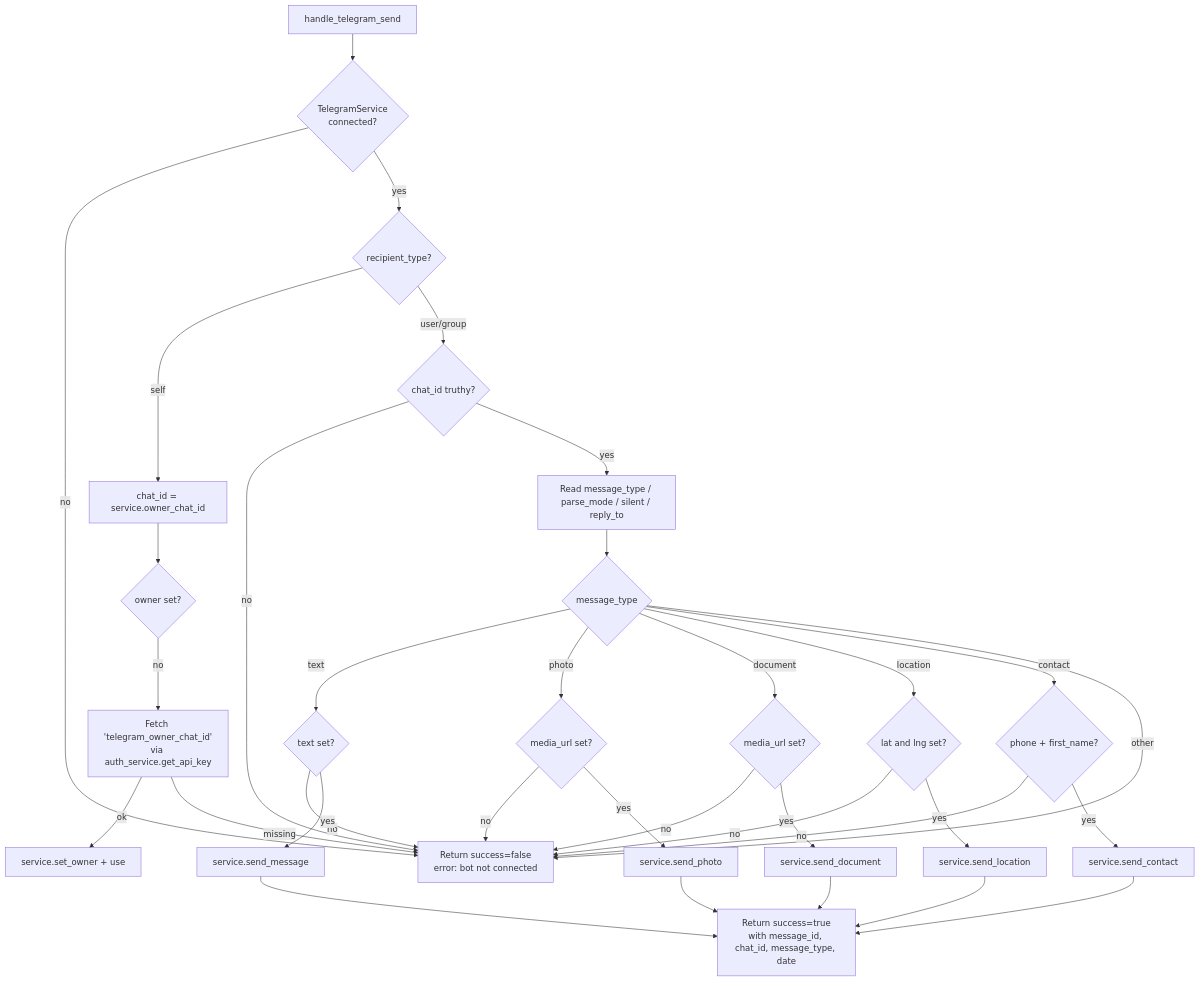
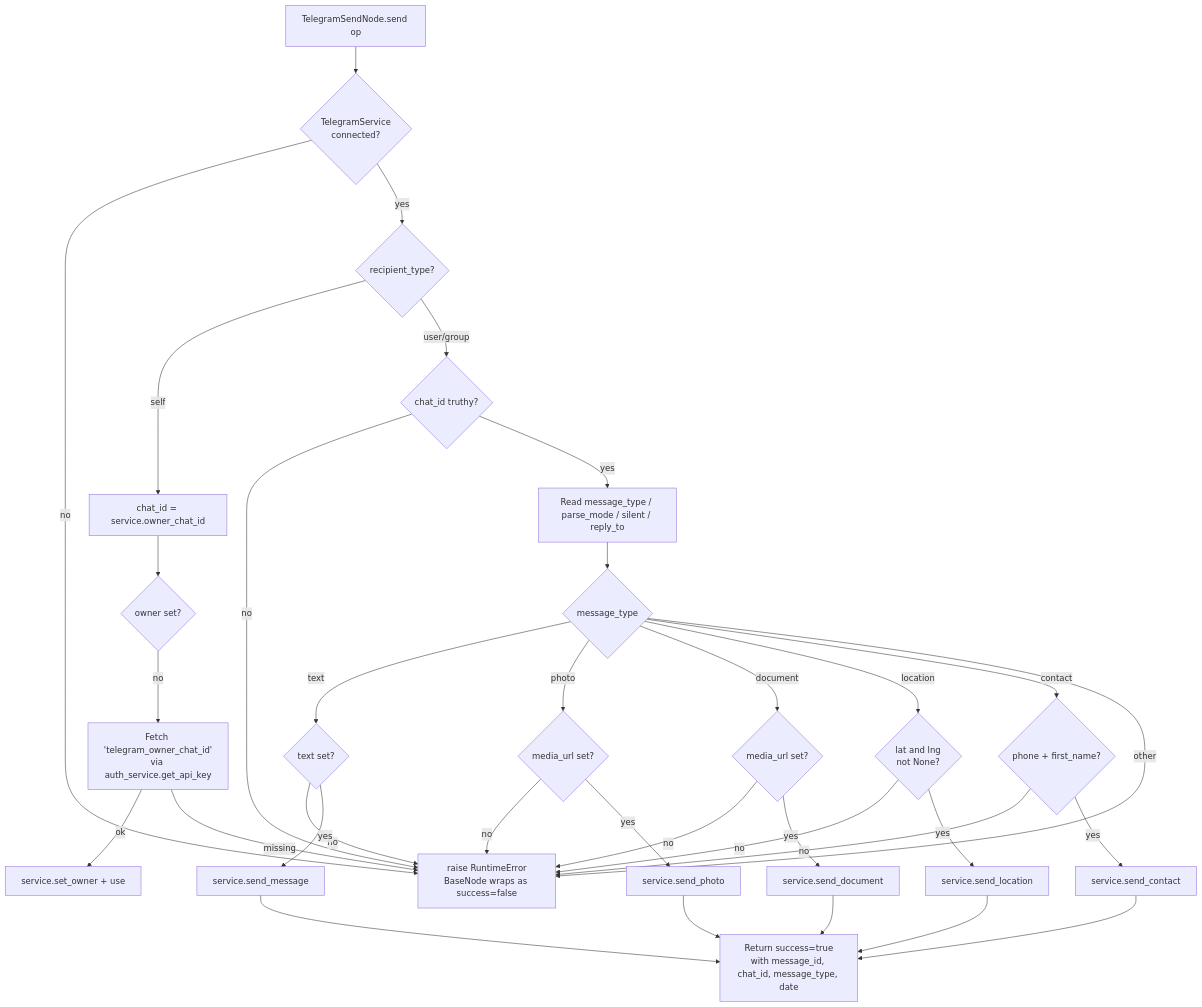
One commit to zeenie-ai/OpenCompany changed the diagram in docs-internal/node-logic-flows/telegram_social/telegramSend.md. Above: the diagram before and after it, drawn with Mermaid. The commit also changed other lines of this file and 132 other files, not shown here.

````diff
--- a/docs-internal/node-logic-flows/telegram_social/telegramSend.md
+++ b/docs-internal/node-logic-flows/telegram_social/telegramSend.md
@@ -66,37 +68,37 @@
 ```mermaid
 flowchart TD
-  A[handle_telegram_send] --> B{TelegramService<br/>connected?}
-  B -- no --> Efail[Return success=false<br/>error: bot not connected]
+  A[TelegramSendNode.send op] --> B{TelegramService<br/>connected?}
+  B -- no --> Efail[raise RuntimeError<br/>BaseNode wraps as success=false]
   B -- yes --> C{recipient_type?}
   C -- self --> D[chat_id = service.owner_chat_id]
   D --> D2{owner set?}
   D2 -- no --> D3[Fetch 'telegram_owner_chat_id'<br/>via auth_service.get_api_key]
   D3 -- ok --> D4[service.set_owner + use]
   D3 -- missing --> Efail
   C -- user/group --> E{chat_id truthy?}
   E -- no --> Efail
   E -- yes --> F[Read message_type / parse_mode / silent / reply_to]
   F --> G{message_type}
   G -- text --> T{text set?}
   T -- no --> Efail
   T -- yes --> Tsend[service.send_message]
   G -- photo --> P{media_url set?}
   P -- no --> Efail
   P -- yes --> Psend[service.send_photo]
   G -- document --> Doc{media_url set?}
   Doc -- no --> Efail
   Doc -- yes --> Dsend[service.send_document]
-  G -- location --> L{lat and lng set?}
+  G -- location --> L{lat and lng<br/>not None?}
   L -- no --> Efail
   L -- yes --> Lsend[service.send_location]
   G -- contact --> Ct{phone + first_name?}
   Ct -- no --> Efail
   Ct -- yes --> Ctsend[service.send_contact]
   G -- other --> Efail
   Tsend --> Ok
   Psend --> Ok
   Dsend --> Ok
   Lsend --> Ok
   Ctsend --> Ok
   Ok[Return success=true<br/>with message_id, chat_id, message_type, date]
 ```
````
